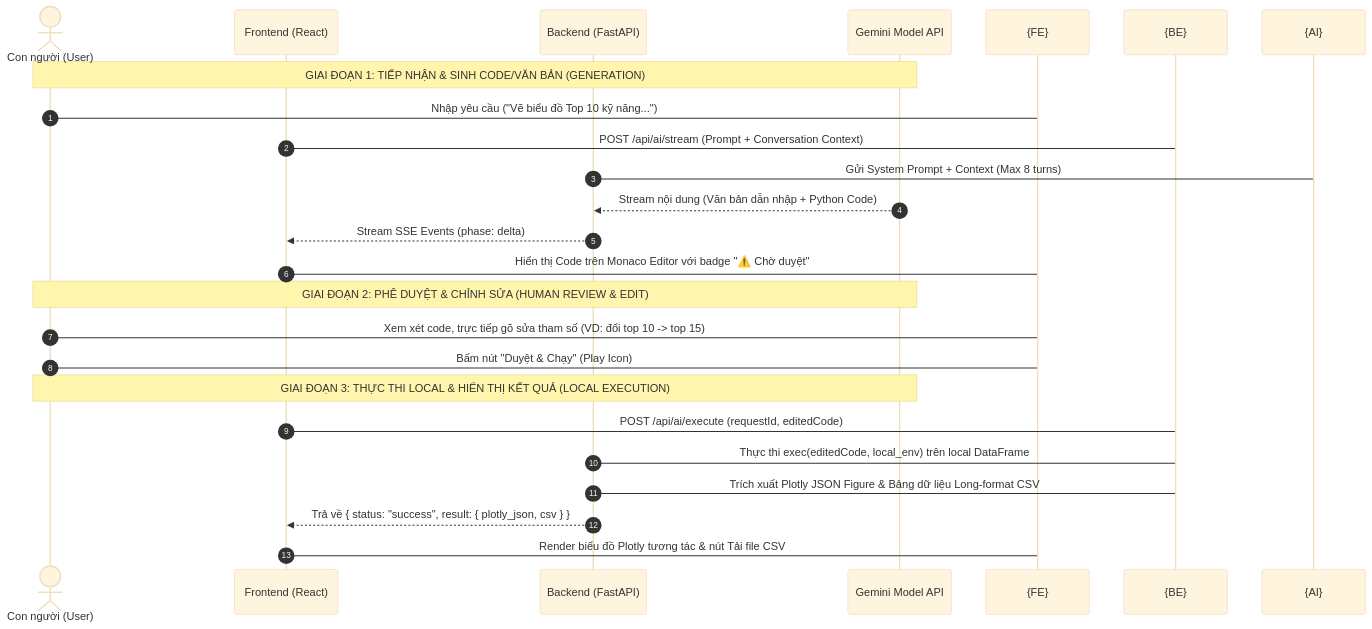
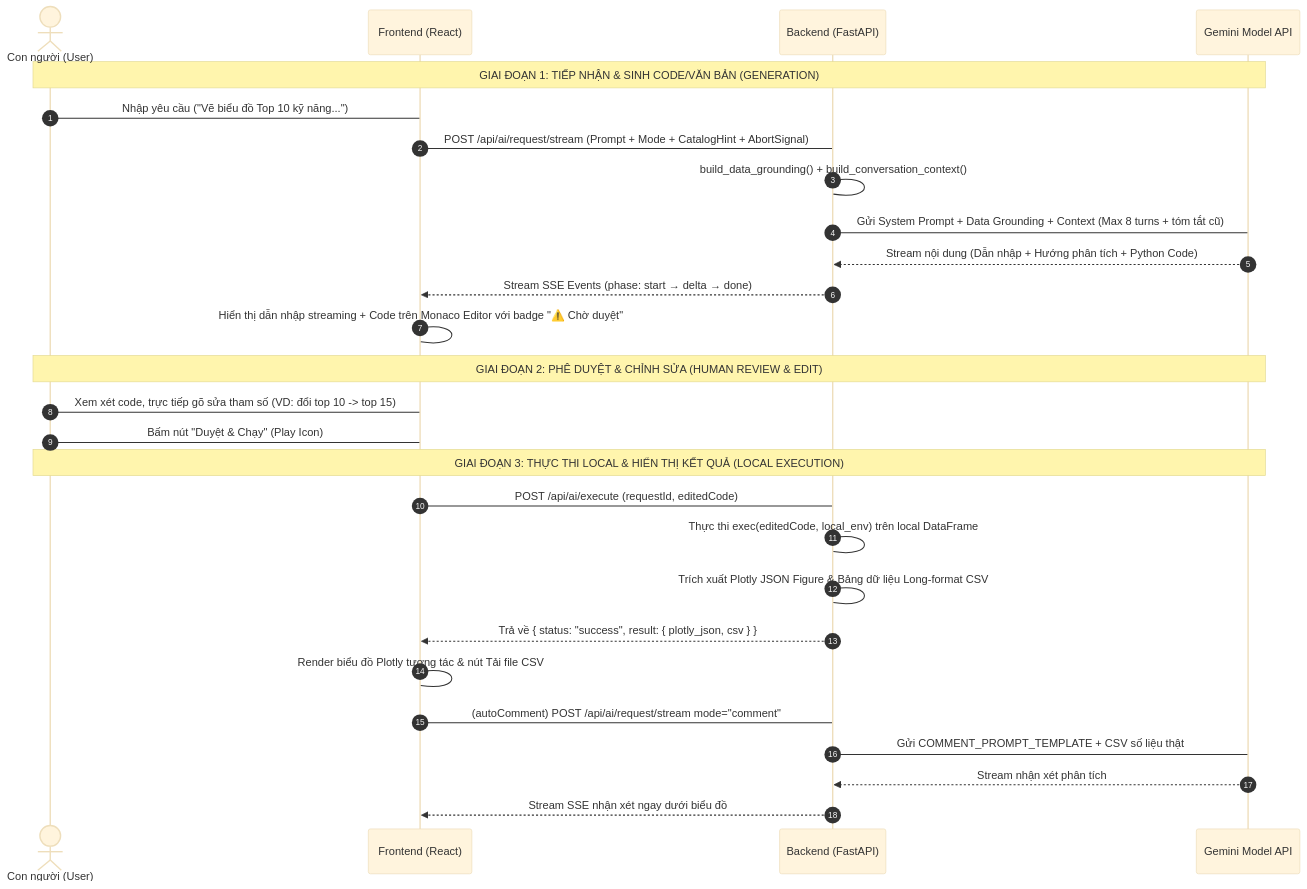
The diagram in README_AI.md (TrucHang676/TQH-FINAL-PROJECT-N5), drawn with Mermaid (base theme) before and after one commit. The commit also changed other lines of this file, not shown here.

Commit message:
Implement new feature for user authentication and improve error handling

````diff
--- a/README_AI.md
+++ b/README_AI.md
@@ -448,27 +576,32 @@
 ```mermaid
 sequenceDiagram
     autonumber
     actor User as Con người (User)
     participant FE as Frontend (React)
     participant BE as Backend (FastAPI)
     participant AI as Gemini Model API
 
     Note over User, AI: GIAI ĐOẠN 1: TIẾP NHẬN & SINH CODE/VĂN BẢN (GENERATION)
-    User->{FE}: Nhập yêu cầu ("Vẽ biểu đồ Top 10 kỹ năng...")
-    FE->{BE}: POST /api/ai/stream (Prompt + Conversation Context)
-    BE->{AI}: Gửi System Prompt + Context (Max 8 turns)
-    AI-->>BE: Stream nội dung (Văn bản dẫn nhập + Python Code)
-    BE-->>FE: Stream SSE Events (phase: delta)
-    FE->{FE}: Hiển thị Code trên Monaco Editor với badge "⚠️ Chờ duyệt"
+    User->FE: Nhập yêu cầu ("Vẽ biểu đồ Top 10 kỹ năng...")
+    FE->BE: POST /api/ai/request/stream (Prompt + Mode + CatalogHint + AbortSignal)
+    BE->BE: build_data_grounding() + build_conversation_context()
+    BE->AI: Gửi System Prompt + Data Grounding + Context (Max 8 turns + tóm tắt cũ)
+    AI-->>BE: Stream nội dung (Dẫn nhập + Hướng phân tích + Python Code)
+    BE-->>FE: Stream SSE Events (phase: start → delta → done)
+    FE->FE: Hiển thị dẫn nhập streaming + Code trên Monaco Editor với badge "⚠️ Chờ duyệt"
 
     Note over User, AI: GIAI ĐOẠN 2: PHÊ DUYỆT & CHỈNH SỬA (HUMAN REVIEW & EDIT)
-    User->{FE}: Xem xét code, trực tiếp gõ sửa tham số (VD: đổi top 10 -> top 15)
-    User->{FE}: Bấm nút "Duyệt & Chạy" (Play Icon)
+    User->FE: Xem xét code, trực tiếp gõ sửa tham số (VD: đổi top 10 -> top 15)
+    User->FE: Bấm nút "Duyệt & Chạy" (Play Icon)
 
     Note over User, AI: GIAI ĐOẠN 3: THỰC THI LOCAL & HIỂN THỊ KẾT QUẢ (LOCAL EXECUTION)
-    FE->{BE}: POST /api/ai/execute (requestId, editedCode)
-    BE->{BE}: Thực thi exec(editedCode, local_env) trên local DataFrame
-    BE->{BE}: Trích xuất Plotly JSON Figure & Bảng dữ liệu Long-format CSV
+    FE->BE: POST /api/ai/execute (requestId, editedCode)
+    BE->BE: Thực thi exec(editedCode, local_env) trên local DataFrame
+    BE->BE: Trích xuất Plotly JSON Figure & Bảng dữ liệu Long-format CSV
     BE-->>FE: Trả về { status: "success", result: { plotly_json, csv } }
-    FE->{FE}: Render biểu đồ Plotly tương tác & nút Tải file CSV
+    FE->FE: Render biểu đồ Plotly tương tác & nút Tải file CSV
+    FE->BE: (autoComment) POST /api/ai/request/stream mode="comment"
+    BE->AI: Gửi COMMENT_PROMPT_TEMPLATE + CSV số liệu thật
+    AI-->>BE: Stream nhận xét phân tích
+    BE-->>FE: Stream SSE nhận xét ngay dưới biểu đồ
 ```
````
